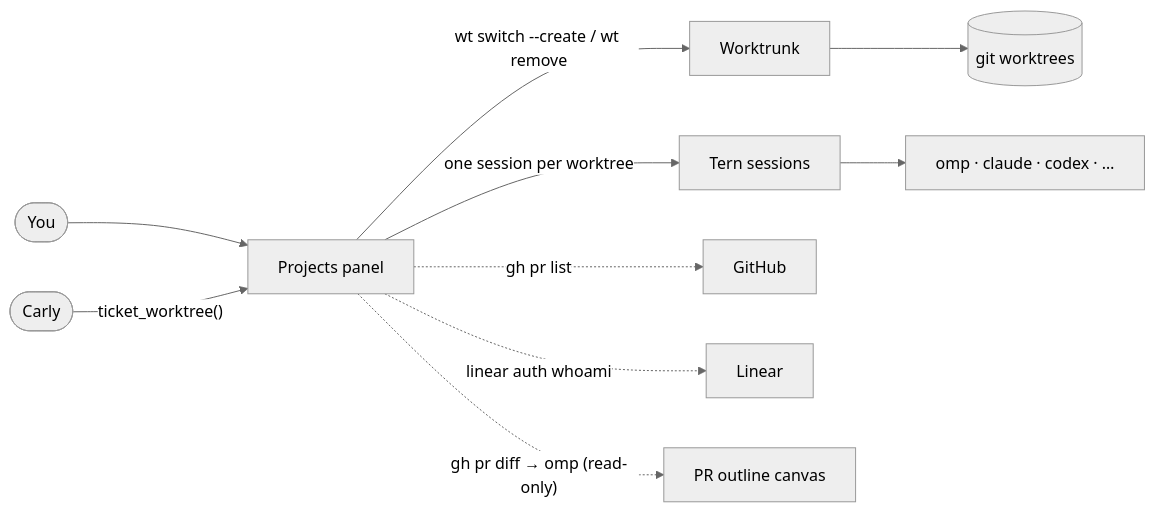
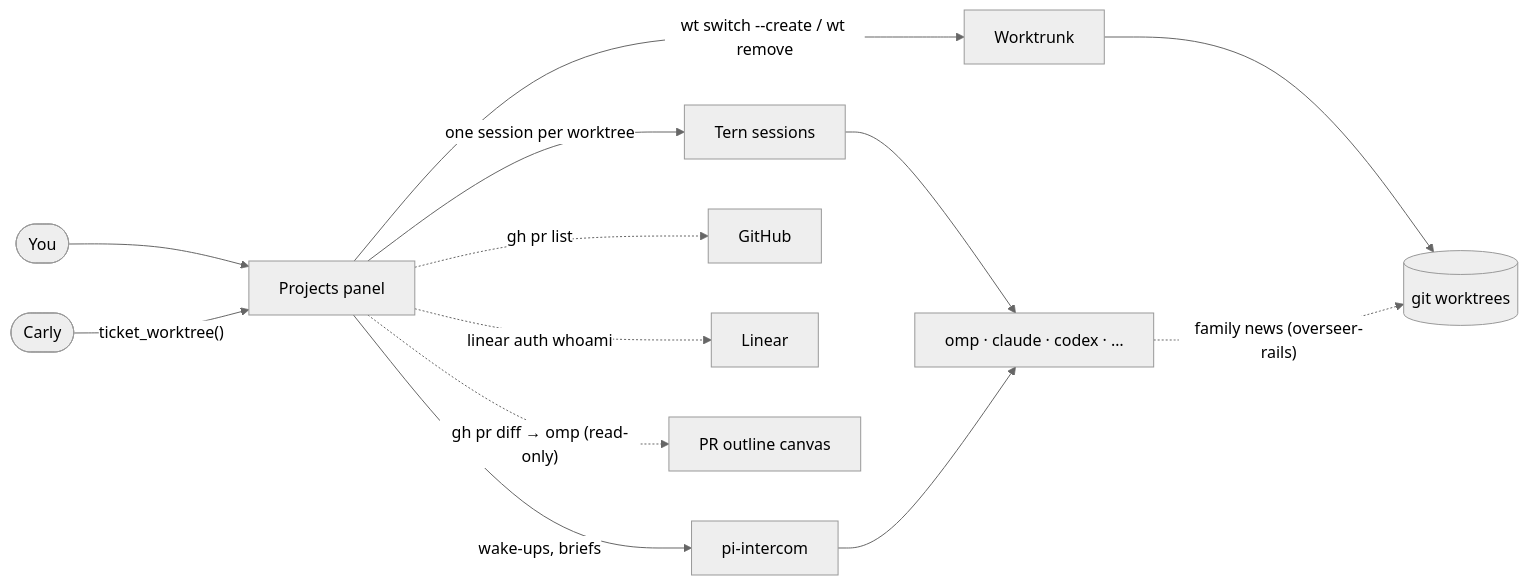
One commit to mmnavarr/overseer changed the diagram in README.md. Above: the diagram before and after it, drawn with Mermaid (neutral theme). The commit also changed other lines of this file, not shown here.

First line of the commit message:
Rework the README around how people use Overseer

````diff
--- a/README.md
+++ b/README.md
@@ -154,12 +183,15 @@
 ```mermaid
 flowchart LR
     you(["You"]) --> panel["Projects panel"]
     carly(["Carly"]) -- "ticket_worktree()" --> panel
     panel -- "wt switch --create / wt remove" --> wt["Worktrunk"]
     wt --> trees[("git worktrees")]
     panel -- "one session per worktree" --> sessions["Tern sessions"]
     sessions --> agents["omp · claude · codex · …"]
+    panel -- "wake-ups, briefs" --> intercom["pi-intercom"]
+    intercom --> agents
+    agents -. "family news (overseer-rails)" .-> trees
     panel -. "gh pr list" .-> gh["GitHub"]
     panel -. "linear auth whoami" .-> linear["Linear"]
     panel -. "gh pr diff → omp (read-only)" .-> outline["PR outline canvas"]
 ```
````
